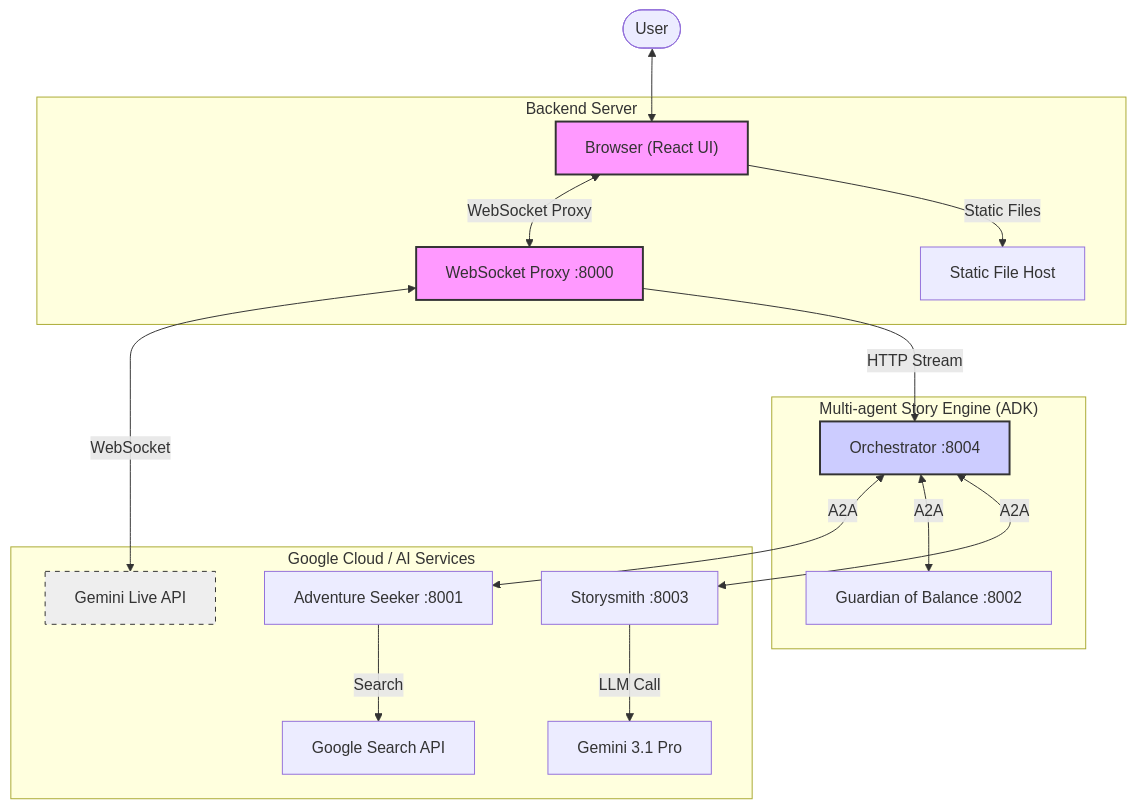
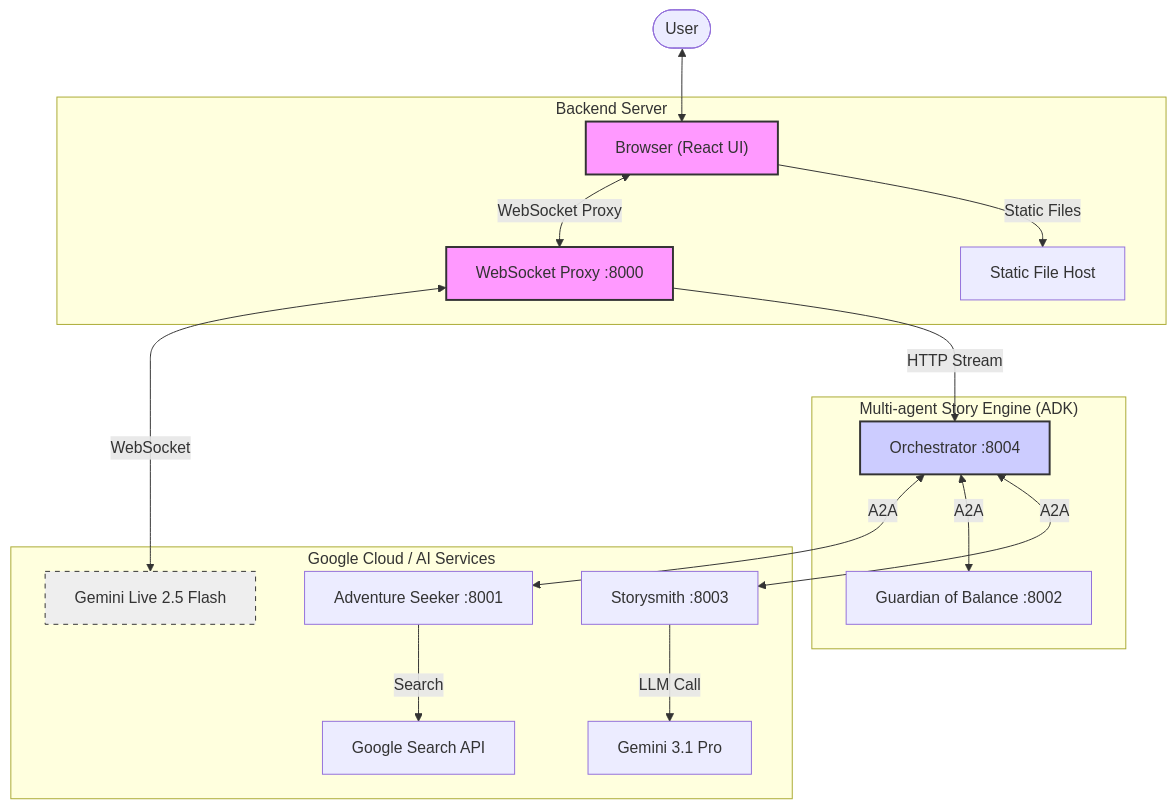
One commit to vero-code/gemini-tales-v2 changed the first of 4 diagrams in ARCHITECTURE.md. Above: the diagram before and after it, drawn with Mermaid. The commit also changed other lines of this file and 1 other file, not shown here.

````diff
--- a/ARCHITECTURE.md
+++ b/ARCHITECTURE.md
@@ -45,27 +32,27 @@
 ```mermaid
 graph TD
     User([User]) <--> Browser["Browser (React UI)"]
     
     subgraph "Backend Server"
         Browser <-->|WebSocket Proxy| Proxy[WebSocket Proxy :8000]
         Browser -->|Static Files| Static[Static File Host]
     end
     
     subgraph "Google Cloud / AI Services"
-        Proxy <-->|WebSocket| LiveAPI[Gemini Live API]
+        Proxy <-->|WebSocket| LiveAPI[Gemini Live 2.5 Flash]
         Storysmith -->|LLM Call| FlashPro[Gemini 3.1 Pro]
         Researcher -->|Search| GoogleSearch[Google Search API]
     end
     
     subgraph "Multi-agent Story Engine (ADK)"
         Proxy -->|HTTP Stream| Orchestrator[Orchestrator :8004]
         Orchestrator <-->|A2A| Researcher[Adventure Seeker :8001]
         Orchestrator <-->|A2A| Judge[Guardian of Balance :8002]
         Orchestrator <-->|A2A| Storysmith[Storysmith :8003]
     end
     
     style Browser fill:#f9f,stroke:#333,stroke-width:2px
     style Proxy fill:#f9f,stroke:#333,stroke-width:2px
     style Orchestrator fill:#ccf,stroke:#333,stroke-width:2px
     style LiveAPI fill:#eee,stroke:#333,stroke-dasharray: 5 5
 ```
````
